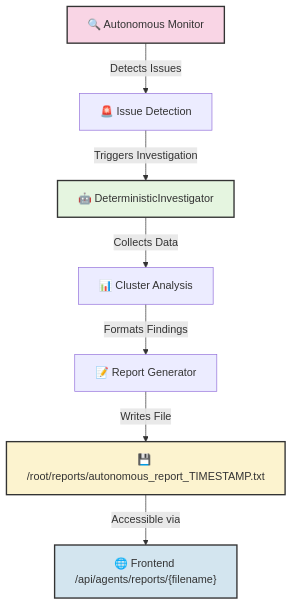
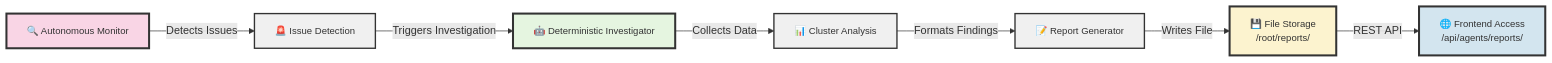
Before and after one commit to Unobtainiumrock/kubernetes-agentic-swam-yc-hackathon: the fourth of 4 diagrams in README.md, drawn with Mermaid.

Commit message:
Make layer two documentation 'better'

````diff
--- a/README.md
+++ b/README.md
@@ -168,14 +168,21 @@
 ```mermaid
-graph TD
-    A[🔍 Autonomous Monitor] -->|Detects Issues| B[🚨 Issue Detection]
-    B -->|Triggers Investigation| C[🤖 DeterministicInvestigator]
-    C -->|Collects Data| D[📊 Cluster Analysis]
-    D -->|Formats Findings| E[📝 Report Generator]
-    E -->|Writes File| F[💾 /root/reports/autonomous_report_TIMESTAMP.txt]
-    F -->|Accessible via| G["🌐 Frontend /api/agents/reports/{filename}"]
+flowchart LR
+    A["🔍 Autonomous Monitor"] -->|"Detects Issues"| B["🚨 Issue Detection"]
+    B -->|"Triggers Investigation"| C["🤖 Deterministic Investigator"]
+    C -->|"Collects Data"| D["📊 Cluster Analysis"]
+    D -->|"Formats Findings"| E["📝 Report Generator"]
+    E -->|"Writes File"| F["💾 File Storage<br/>/root/reports/"]
+    F -->|"REST API"| G["🌐 Frontend Access<br/>/api/agents/reports/"]
     
-    style A fill:#f9d5e5,stroke:#333,stroke-width:2px
-    style C fill:#e5f5e0,stroke:#333,stroke-width:2px
-    style F fill:#fcf3cf,stroke:#333,stroke-width:2px
-    style G fill:#d3e5ef,stroke:#333,stroke-width:2px
+    classDef monitor fill:#f9d5e5,stroke:#333,stroke-width:3px,font-size:14px
+    classDef investigator fill:#e5f5e0,stroke:#333,stroke-width:3px,font-size:14px
+    classDef storage fill:#fcf3cf,stroke:#333,stroke-width:3px,font-size:14px
+    classDef frontend fill:#d3e5ef,stroke:#333,stroke-width:3px,font-size:14px
+    classDef process fill:#f0f0f0,stroke:#333,stroke-width:2px,font-size:14px
+    
+    class A monitor
+    class C investigator
+    class F storage
+    class G frontend
+    class B,D,E process
 ```
````
